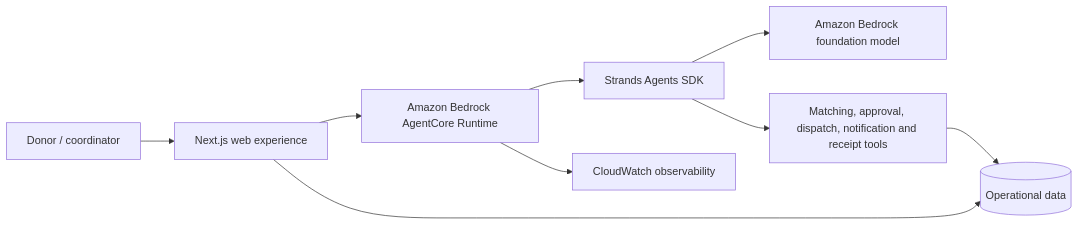
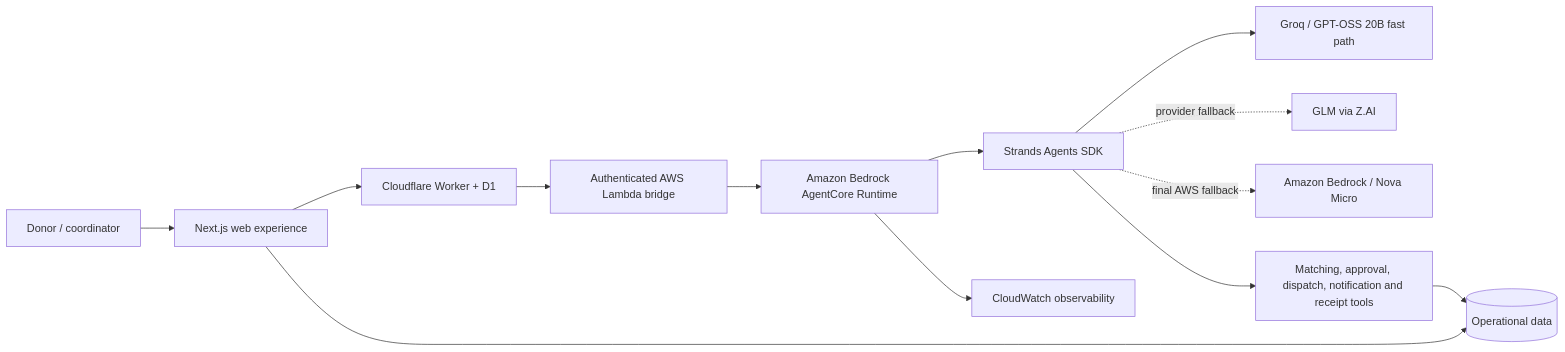
Before and after one commit to MohamedShameem/FoodBridge: the diagram in README.md, drawn with Mermaid. The commit also changed other lines of this file and 48 other files, not shown here.

First line of the commit message:
feat(core): implement multi-provider model routing and AWS bridge

````diff
--- a/README.md
+++ b/README.md
@@ -25,11 +25,15 @@
 ```mermaid
 flowchart LR
     U[Donor / coordinator] --> W[Next.js web experience]
-    W --> A[Amazon Bedrock AgentCore Runtime]
+    W --> C[Cloudflare Worker + D1]
+    C --> L[Authenticated AWS Lambda bridge]
+    L --> A[Amazon Bedrock AgentCore Runtime]
     A --> S[Strands Agents SDK]
-    S --> B[Amazon Bedrock foundation model]
+    S --> Q[Groq / GPT-OSS 20B fast path]
+    S -. provider fallback .-> G[GLM via Z.AI]
+    S -. final AWS fallback .-> B[Amazon Bedrock / Nova Micro]
     S --> T[Matching, approval, dispatch, notification and receipt tools]
     T --> DB[(Operational data)]
     W --> DB
     A --> O[CloudWatch observability]
 ```
````
